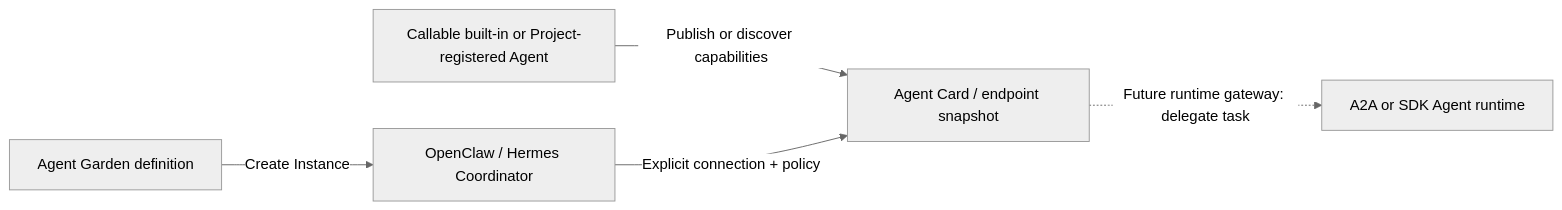
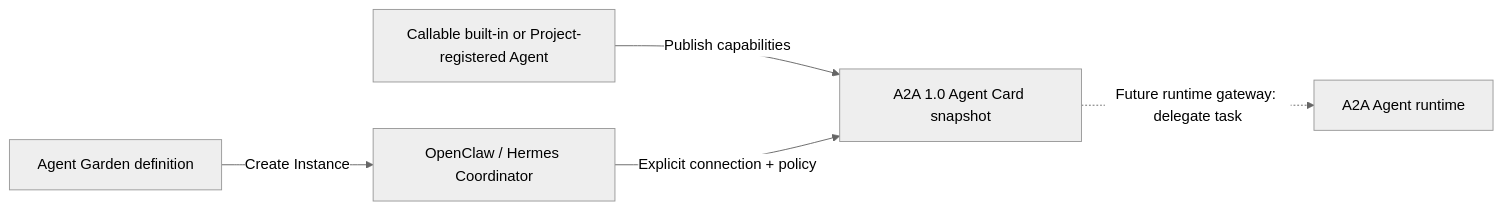
Before and after one commit to feng2009-hub/tasklattice-relay: the diagram in docs/agent-garden-architecture.md, drawn with Mermaid (neutral theme). The commit also changed other lines of this file and 25 other files, not shown here.

````diff
--- a/docs/agent-garden-architecture.md
+++ b/docs/agent-garden-architecture.md
@@ -20,7 +23,7 @@
 ```mermaid
 flowchart LR
   G["Agent Garden definition"] -->|"Create Instance"| C["OpenClaw / Hermes Coordinator"]
-  R["Callable built-in or Project-registered Agent"] -->|"Publish or discover capabilities"| D["Agent Card / endpoint snapshot"]
+  R["Callable built-in or Project-registered Agent"] -->|"Publish capabilities"| D["A2A 1.0 Agent Card snapshot"]
   C -->|"Explicit connection + policy"| D
-  D -.->|"Future runtime gateway: delegate task"| A["A2A or SDK Agent runtime"]
+  D -.->|"Future runtime gateway: delegate task"| A["A2A Agent runtime"]
 ```
````
